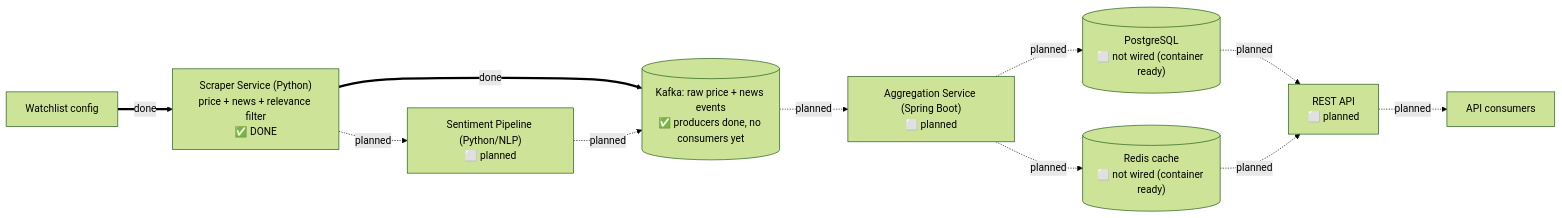
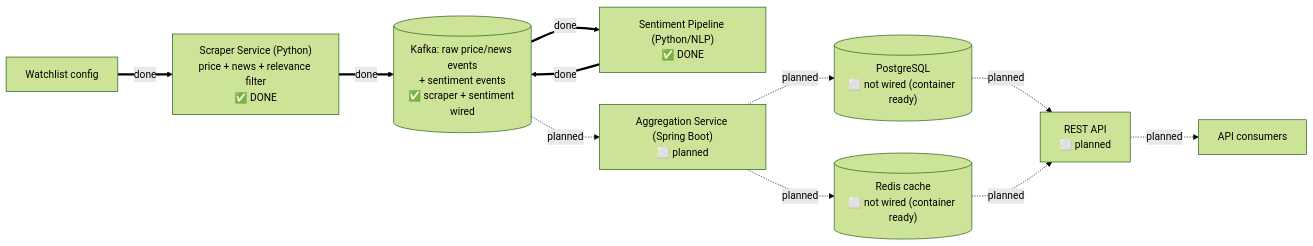
One commit to shreyansgosalia18/marketpulse changed the diagram in docs/architecture/system-overview.md. Above: the diagram before and after it, drawn with Mermaid (forest theme). The commit also changed other lines of this file and 18 other files, not shown here.

First line of the commit message:
Add sentiment scoring pipeline (new component, decoupled from scraper)

````diff
--- a/docs/architecture/system-overview.md
+++ b/docs/architecture/system-overview.md
@@ -7,23 +7,23 @@
 ```mermaid
 flowchart LR
     WL["Watchlist config"]
     SC["Scraper Service (Python)<br/>price + news + relevance filter<br/>✅ DONE"]
-    SENT["Sentiment Pipeline (Python/NLP)<br/>⬜ planned"]
-    KAFKA[("Kafka: raw price + news events<br/>✅ producers done, no consumers yet")]
+    SENT["Sentiment Pipeline (Python/NLP)<br/>✅ DONE"]
+    KAFKA[("Kafka: raw price/news events<br/>+ sentiment events<br/>✅ scraper + sentiment wired")]
     AGG["Aggregation Service (Spring Boot)<br/>⬜ planned"]
     PG[("PostgreSQL<br/>⬜ not wired (container ready)")]
     REDIS[("Redis cache<br/>⬜ not wired (container ready)")]
     API["REST API<br/>⬜ planned"]
     CONSUMERS["API consumers"]
 
     WL ==>|done| SC
     SC ==>|done| KAFKA
-    SC -.->|planned| SENT
-    SENT -.->|planned| KAFKA
+    KAFKA ==>|done| SENT
+    SENT ==>|done| KAFKA
     KAFKA -.->|planned| AGG
     AGG -.->|planned| PG
     AGG -.->|planned| REDIS
     PG -.->|planned| API
     REDIS -.->|planned| API
     API -.->|planned| CONSUMERS
 ```
````
